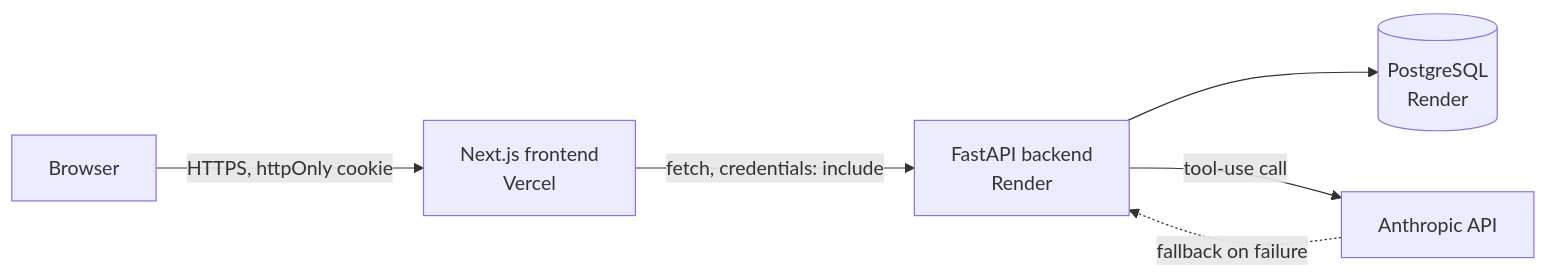
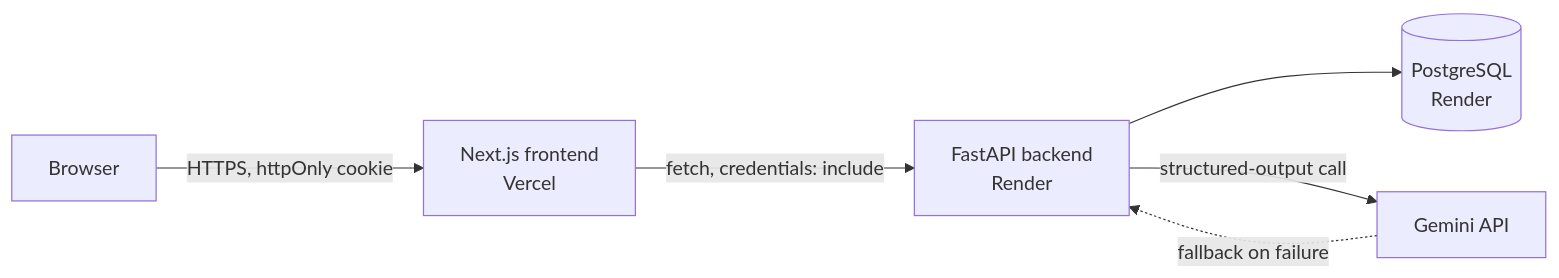
The diagram in README.md (Aime-Serge/innovation-hacks-task4-platform), drawn with Mermaid before and after one commit. The commit also changed other lines of this file and 10 other files, not shown here.

````diff
--- a/README.md
+++ b/README.md
@@ -91,8 +92,8 @@
 ```mermaid
 flowchart LR
     Browser -->|HTTPS, httpOnly cookie| Frontend[Next.js frontend<br/>Vercel]
     Frontend -->|fetch, credentials: include| API[FastAPI backend<br/>Render]
     API --> DB[(PostgreSQL<br/>Render)]
-    API -->|tool-use call| AI[Anthropic API]
+    API -->|structured-output call| AI[Gemini API]
     AI -.fallback on failure.-> API
 ```
````
